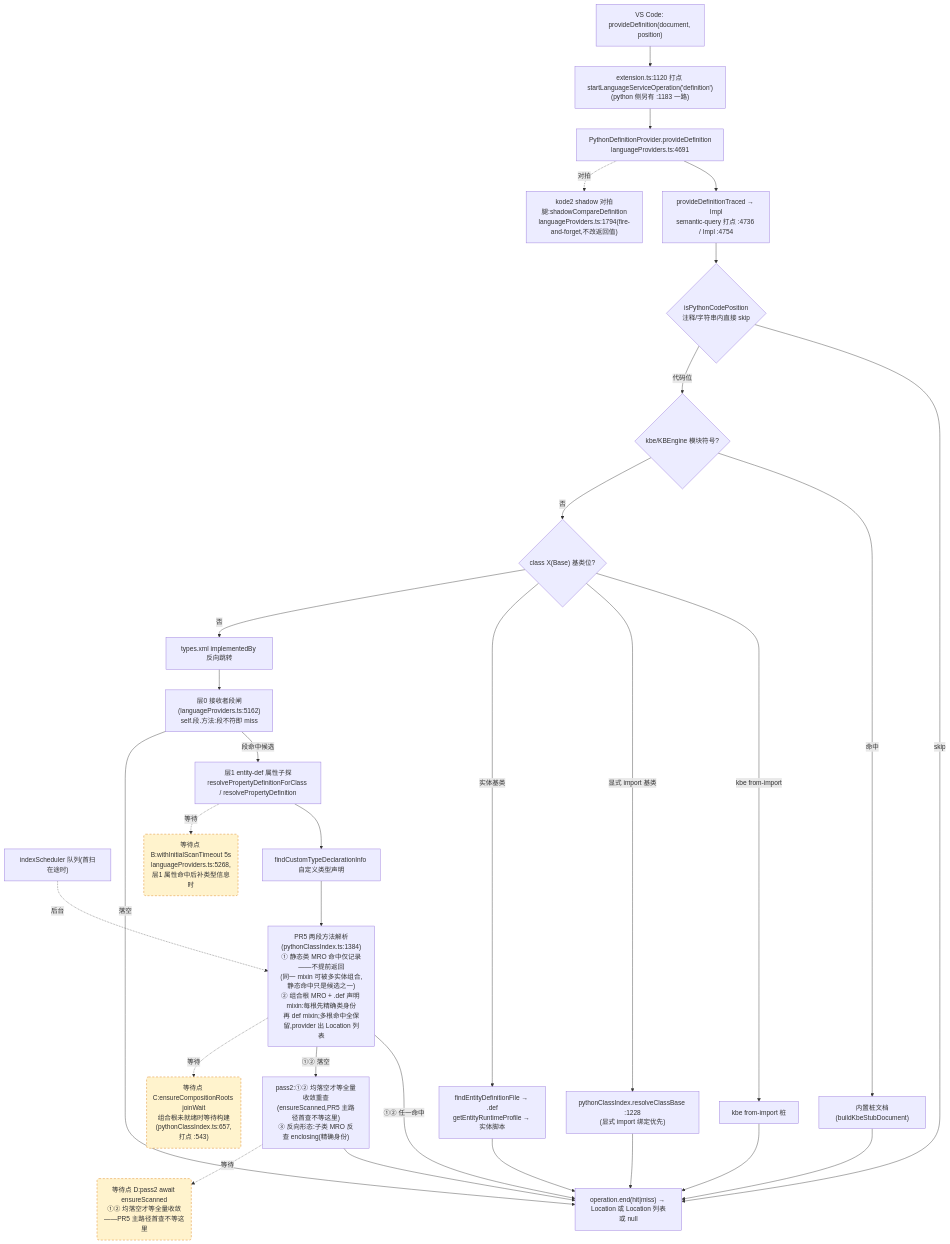
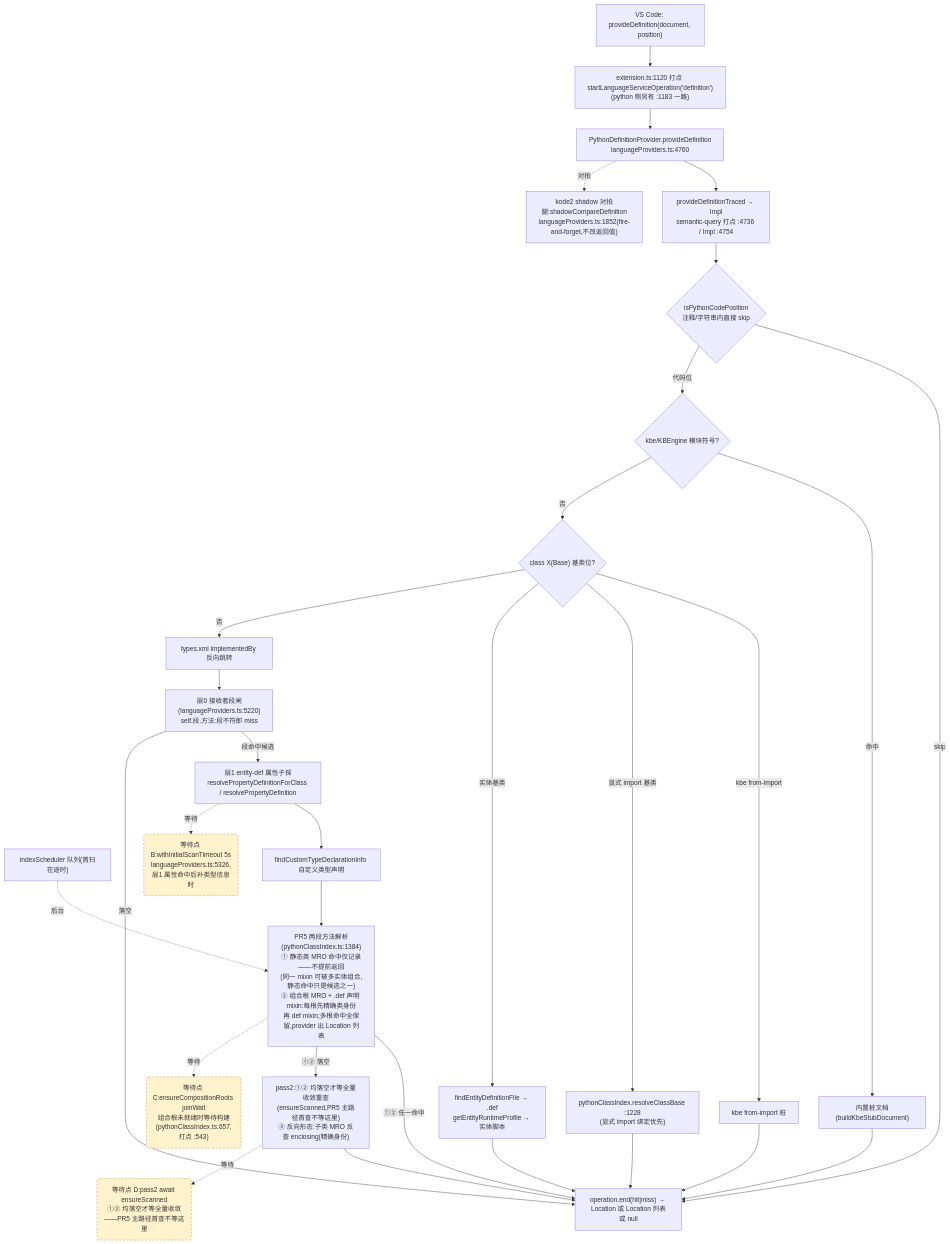
Before and after one commit to cuihairu/kode: the second of 4 diagrams in docs/perf/2026-baseline.md, drawn with Mermaid. The commit also changed other lines of this file and 20 other files, not shown here.

````diff
--- a/docs/perf/2026-baseline.md
+++ b/docs/perf/2026-baseline.md
@@ -130,51 +130,51 @@
 ```mermaid
 flowchart TD
   VC2["VS Code: provideDefinition(document, position)"]
   M2["extension.ts:1120 打点 startLanguageServiceOperation('definition')<br/>(python 侧另有 :1183 一路)"]
-  AD2["PythonDefinitionProvider.provideDefinition<br/>languageProviders.ts:4691"]
+  AD2["PythonDefinitionProvider.provideDefinition<br/>languageProviders.ts:4760"]
   TR["provideDefinitionTraced → Impl<br/>semantic-query 打点 :4736 / Impl :4754"]
   CTX{"isPythonCodePosition<br/>注释/字符串内直接 skip"}
   KBE{"kbe/KBEngine 模块符号?"}
   STUB["内置桩文档(buildKbeStubDocument)"]
   CB{"class X(Base) 基类位?"}
   CB1["kbe from-import 桩"]
   CB2["pythonClassIndex.resolveClassBase :1228<br/>(显式 import 绑定优先)"]
   CB3["findEntityDefinitionFile → .def<br/>getEntityRuntimeProfile → 实体脚本"]
   REV["types.xml implementedBy 反向跳转"]
-  L0["层0 接收者段闸(languageProviders.ts:5162)<br/>self.段.方法:段不符即 miss"]
+  L0["层0 接收者段闸(languageProviders.ts:5220)<br/>self.段.方法:段不符即 miss"]
   L1["层1 entity-def 属性子探<br/>resolvePropertyDefinitionForClass / resolvePropertyDefinition"]
   SCAN["indexScheduler 队列(首扫在途时)"]
   TY["findCustomTypeDeclarationInfo 自定义类型声明"]
   MRO["PR5 两段方法解析(pythonClassIndex.ts:1384)<br/>① 静态类 MRO 命中仅记录——不提前返回<br/>(同一 mixin 可被多实体组合,静态命中只是候选之一)<br/>② 组合根 MRO + .def 声明 mixin:每根先精确类身份<br/>再 def mixin;多根命中全保留,provider 出 Location 列表"]
   PASS2["pass2:①② 均落空才等全量收敛重查<br/>(ensureScanned,PR5 主路径首查不等这里)<br/>③ 反向形态:子类 MRO 反查 enclosing(精确身份)"]
-  SHD["kode2 shadow 对拍腿:shadowCompareDefinition<br/>languageProviders.ts:1794(fire-and-forget,不改返回值)"]
+  SHD["kode2 shadow 对拍腿:shadowCompareDefinition<br/>languageProviders.ts:1852(fire-and-forget,不改返回值)"]
   END2["operation.end(hit|miss) → Location 或 Location 列表或 null"]
 
   VC2 --> M2 --> AD2 --> TR --> CTX
   CTX -- "skip" --> END2
   CTX -- "代码位" --> KBE
   KBE -- "命中" --> STUB --> END2
   KBE -- "否" --> CB
   CB -- "kbe from-import" --> CB1 --> END2
   CB -- "显式 import 基类" --> CB2 --> END2
   CB -- "实体基类" --> CB3 --> END2
   CB -- "否" --> REV --> L0
   L0 -- "段命中候选" --> L1
   L0 -- "落空" --> END2
   L1 --> TY
   TY --> MRO
   MRO -- "①② 任一命中" --> END2
   MRO -- "①② 落空" --> PASS2 --> END2
   AD2 -.->|对拍| SHD
 
-  WAITB("等待点 B:withInitialScanTimeout 5s<br/>languageProviders.ts:5268,层1 属性命中后补类型信息时")
+  WAITB("等待点 B:withInitialScanTimeout 5s<br/>languageProviders.ts:5326,层1 属性命中后补类型信息时")
   WAITC("等待点 C:ensureCompositionRoots joinWait<br/>组合根未就绪时等待构建(pythonClassIndex.ts:657,打点 :543)")
   WAITD("等待点 D:pass2 await ensureScanned<br/>①② 均落空才等全量收敛——PR5 主路径首查不等这里")
   L1 -.->|等待| WAITB
   MRO -.->|等待| WAITC
   PASS2 -.->|等待| WAITD
   SCAN -.->|后台| MRO
 
   classDef waitPoint fill:#fff3cd,stroke:#d97706,stroke-dasharray:5 4;
   class WAITB,WAITC,WAITD waitPoint;
 ```
````
